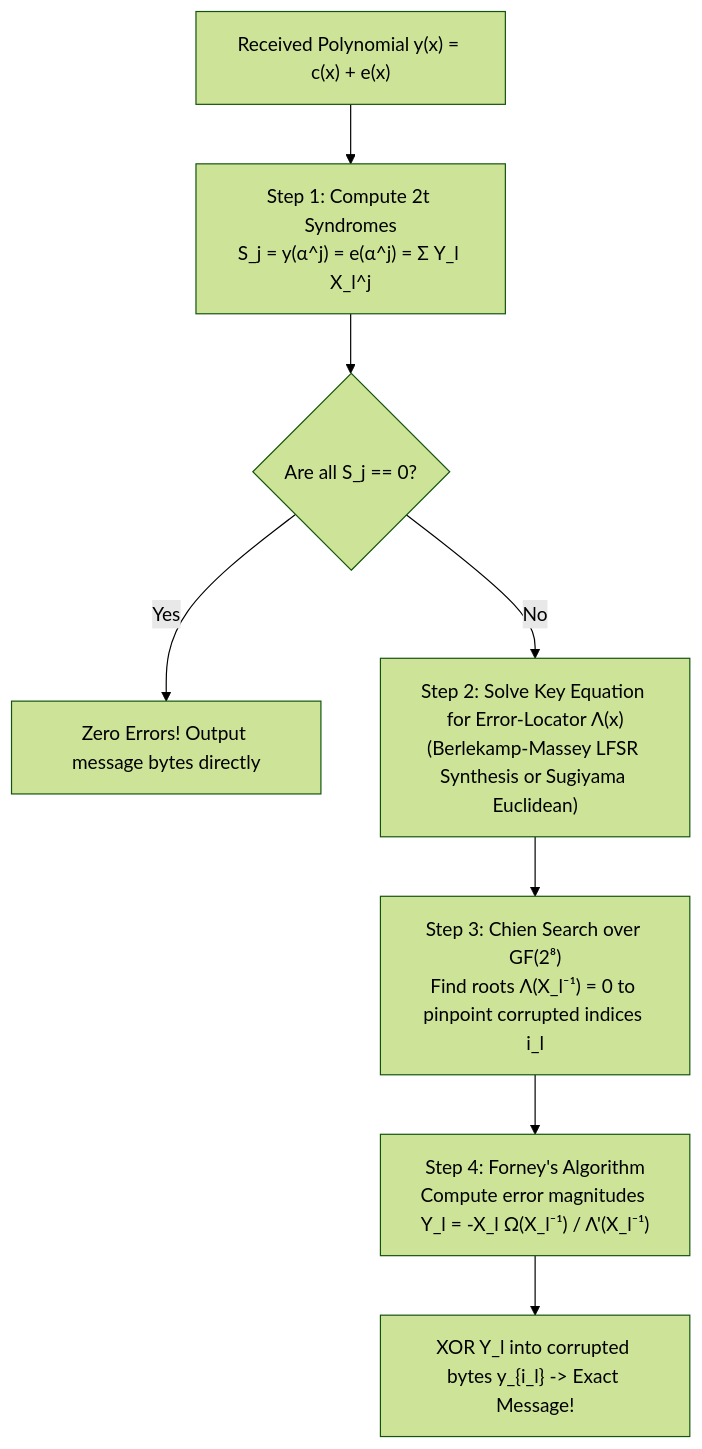
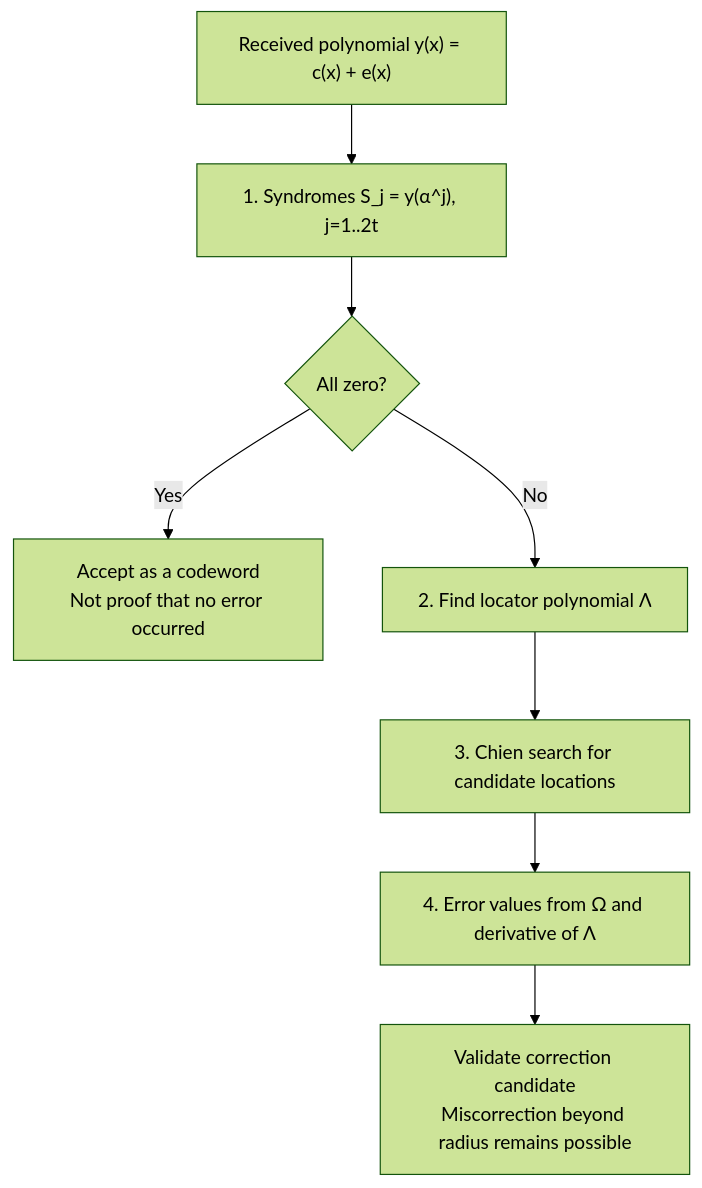
One commit to kenjinote/blog changed the second of 4 diagrams in content/post/error-correcting-codes-hamming-reed-solomon-ldpc-shannon-capacity-information-theory/index.en.md. Above: the diagram before and after it, drawn with Mermaid (forest theme). The commit also changed other lines of this file and 15 other files, not shown here.

````diff
--- a/content/post/error-correcting-codes-hamming-reed-solomon-ldpc-shannon-capacity-information-theory/index.en.md
+++ b/content/post/error-correcting-codes-hamming-reed-solomon-ldpc-shannon-capacity-information-theory/index.en.md
@@ -307,10 +391,10 @@
 ```mermaid
 flowchart TD
-    R["Received Polynomial y(x) = c(x) + e(x)"] --> S1["Step 1: Compute 2t Syndromes<br/>S_j = y(α^j) = e(α^j) = Σ Y_l X_l^j"]
-    S1 --> Z{"Are all S_j == 0?"}
-    Z -- "Yes" --> Clean["Zero Errors! Output message bytes directly"]
-    Z -- "No" --> S2["Step 2: Solve Key Equation for Error-Locator Λ(x)<br/>(Berlekamp-Massey LFSR Synthesis or Sugiyama Euclidean)"]
-    S2 --> S3["Step 3: Chien Search over GF(2⁸)<br/>Find roots Λ(X_l⁻¹) = 0 to pinpoint corrupted indices i_l"]
-    S3 --> S4["Step 4: Forney's Algorithm<br/>Compute error magnitudes Y_l = -X_l Ω(X_l⁻¹) / Λ'(X_l⁻¹)"]
-    S4 --> Out["XOR Y_l into corrupted bytes y_{i_l} -> Exact Message!"]
+    R["Received polynomial y(x) = c(x) + e(x)"] --> S1["1. Syndromes S_j = y(α^j), j=1..2t"]
+    S1 --> Check{"All zero?"}
+    Check -- "Yes" --> Done["Accept as a codeword<br/>Not proof that no error occurred"]
+    Check -- "No" --> S2["2. Find locator polynomial Λ"]
+    S2 --> S3["3. Chien search for candidate locations"]
+    S3 --> S4["4. Error values from Ω and derivative of Λ"]
+    S4 --> Fix["Validate correction candidate<br/>Miscorrection beyond radius remains possible"]
 ```
````
